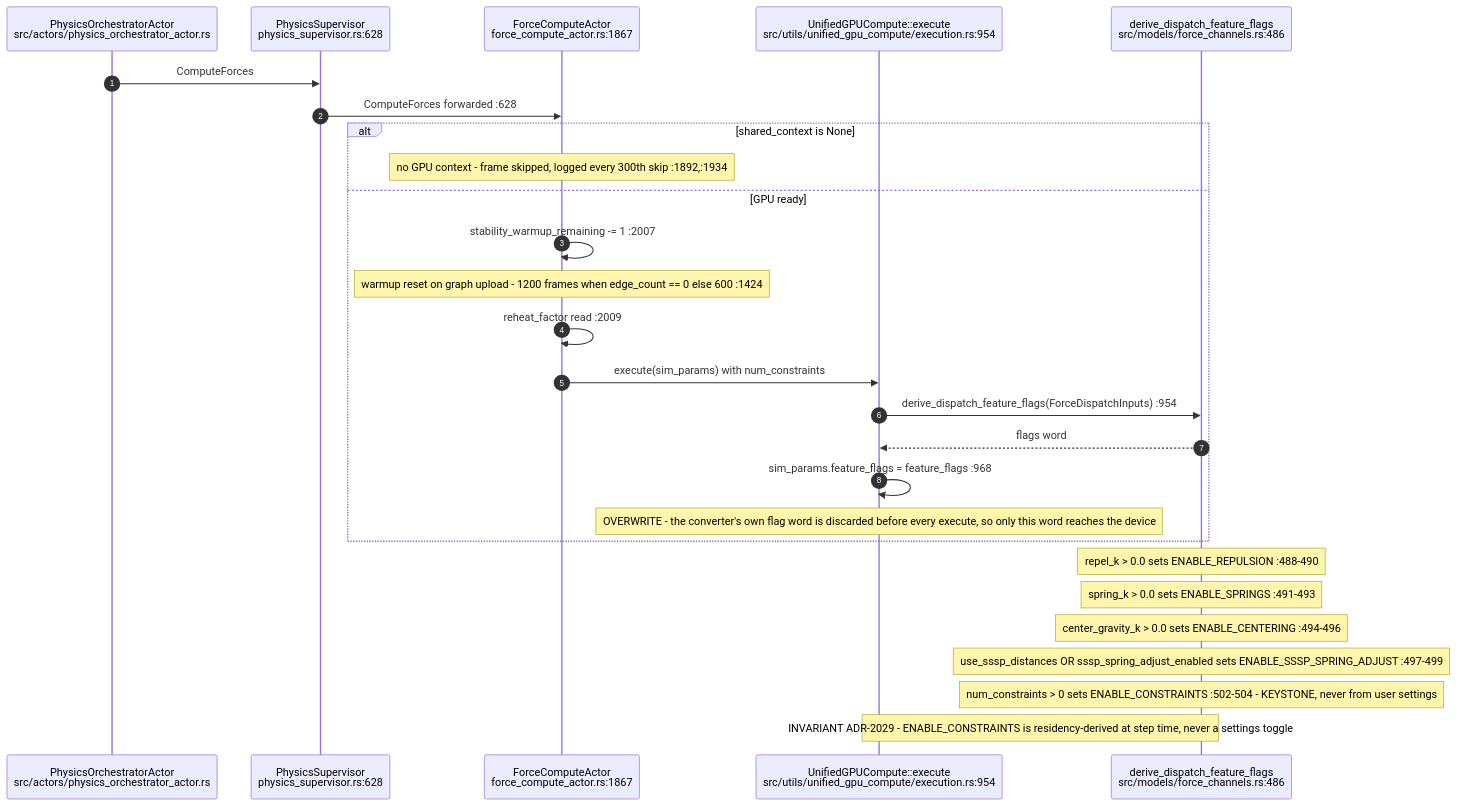
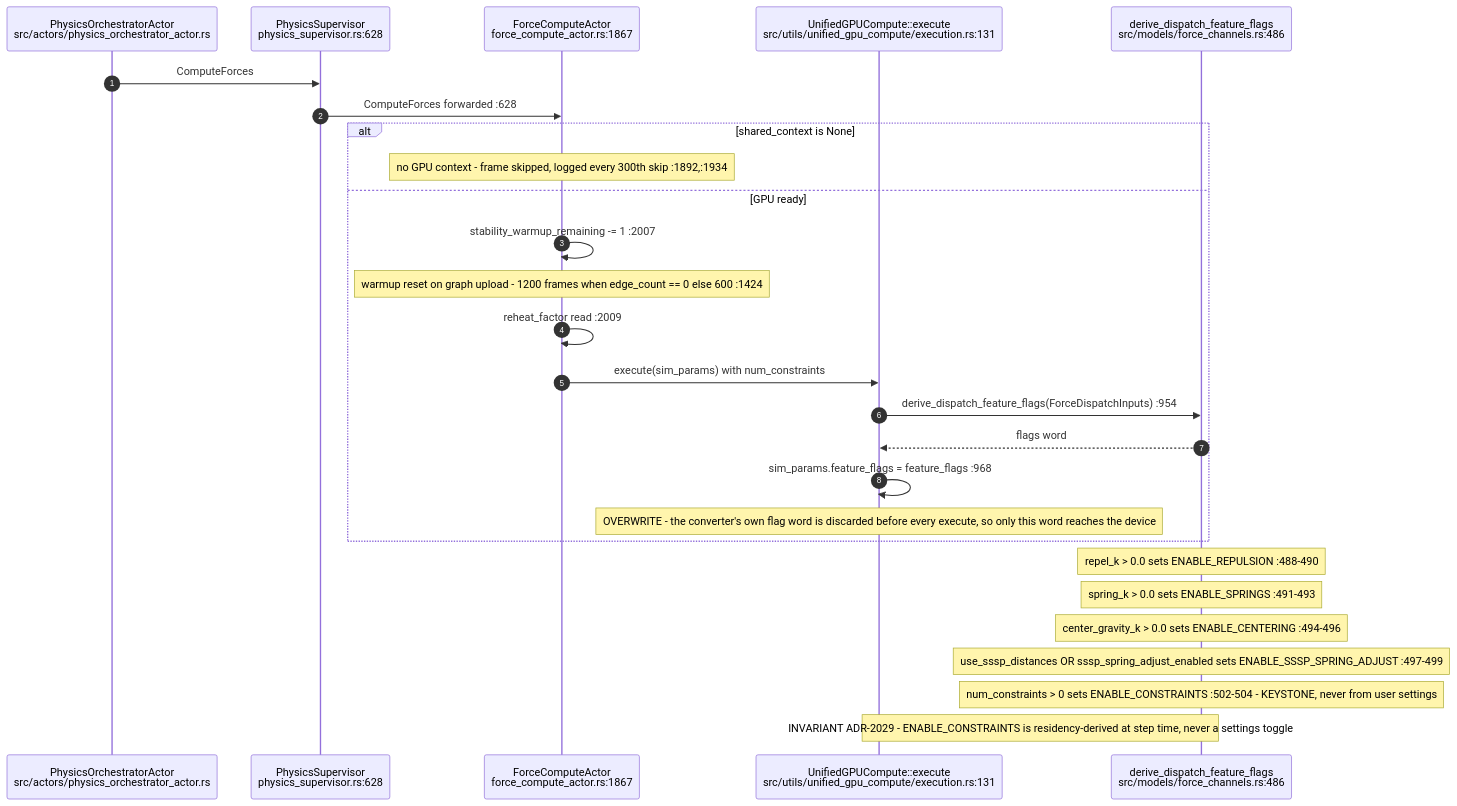
Before and after one commit to DreamLab-AI/AR-AI-Knowledge-Graph: the first of 9 diagrams in docs/diagrams/visionclaw/11-physics-step-and-force-channels.md, drawn with Mermaid. The commit also changed 36 other files, not shown here.

````diff
--- a/docs/diagrams/visionclaw/11-physics-step-and-force-channels.md
+++ b/docs/diagrams/visionclaw/11-physics-step-and-force-channels.md
@@ -30,30 +30,30 @@
 ```mermaid
 sequenceDiagram
     autonumber
     participant PO as PhysicsOrchestratorActor<br/>src/actors/physics_orchestrator_actor.rs
     participant PS as PhysicsSupervisor<br/>physics_supervisor.rs:628
     participant FCA as ForceComputeActor<br/>force_compute_actor.rs:1867
-    participant EX as UnifiedGPUCompute::execute<br/>src/utils/unified_gpu_compute/execution.rs:954
+    participant EX as UnifiedGPUCompute::execute<br/>src/utils/unified_gpu_compute/execution.rs:131
     participant FC as derive_dispatch_feature_flags<br/>src/models/force_channels.rs:486
 
     PO->>PS: ComputeForces
     PS->>FCA: ComputeForces forwarded :628
     alt shared_context is None
         Note over FCA: no GPU context - frame skipped, logged every 300th skip :1892,:1934
     else GPU ready
         FCA->>FCA: stability_warmup_remaining -= 1 :2007
         Note over FCA: warmup reset on graph upload - 1200 frames when edge_count == 0 else 600 :1424
         FCA->>FCA: reheat_factor read :2009
         FCA->>EX: execute(sim_params) with num_constraints
         EX->>FC: derive_dispatch_feature_flags(ForceDispatchInputs) :954
         FC-->>EX: flags word
         EX->>EX: sim_params.feature_flags = feature_flags :968
         Note over EX: OVERWRITE - the converter's own flag word is discarded before every execute, so only this word reaches the device
     end
     Note over FC: repel_k > 0.0 sets ENABLE_REPULSION :488-490
     Note over FC: spring_k > 0.0 sets ENABLE_SPRINGS :491-493
     Note over FC: center_gravity_k > 0.0 sets ENABLE_CENTERING :494-496
     Note over FC: use_sssp_distances OR sssp_spring_adjust_enabled sets ENABLE_SSSP_SPRING_ADJUST :497-499
     Note over FC: num_constraints > 0 sets ENABLE_CONSTRAINTS :502-504 - KEYSTONE, never from user settings
     Note over EX,FC: INVARIANT ADR-2029 - ENABLE_CONSTRAINTS is residency-derived at step time, never a settings toggle
 ```
````
